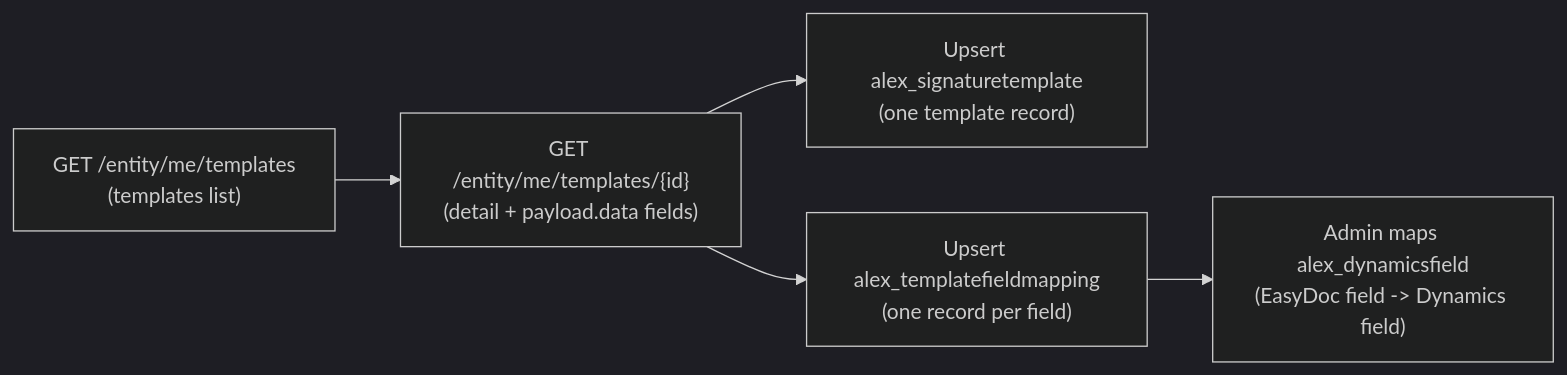
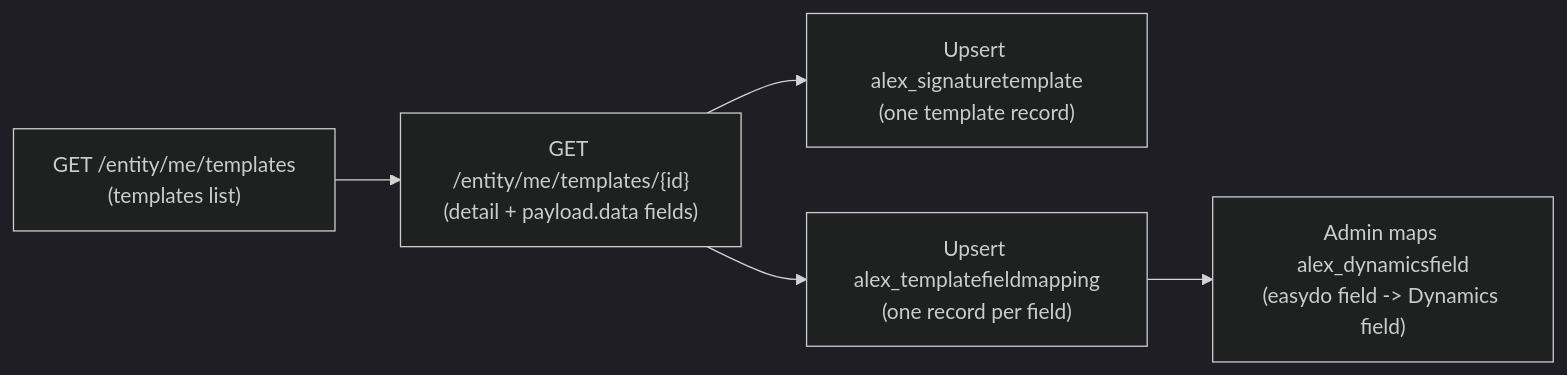
One commit to alexander-you/D365-easydo changed the first of 2 diagrams in docs/custom-connector.md. Above: the diagram before and after it, drawn with Mermaid (dark theme). The commit also changed other lines of this file and 20 other files, not shown here.

First line of the commit message:
Rebrand EasyDoc -> easydo in display text/docs; rewrite README; remove mockup

````diff
--- a/docs/custom-connector.md
+++ b/docs/custom-connector.md
@@ -100,7 +100,7 @@
 ```mermaid
 flowchart LR
     A["GET /entity/me/templates<br/>(templates list)"] --> B["GET /entity/me/templates/{id}<br/>(detail + payload.data fields)"]
     B --> C["Upsert alex_signaturetemplate<br/>(one template record)"]
     B --> D["Upsert alex_templatefieldmapping<br/>(one record per field)"]
-    D --> E["Admin maps alex_dynamicsfield<br/>(EasyDoc field -> Dynamics field)"]
+    D --> E["Admin maps alex_dynamicsfield<br/>(easydo field -> Dynamics field)"]
 ```
````
